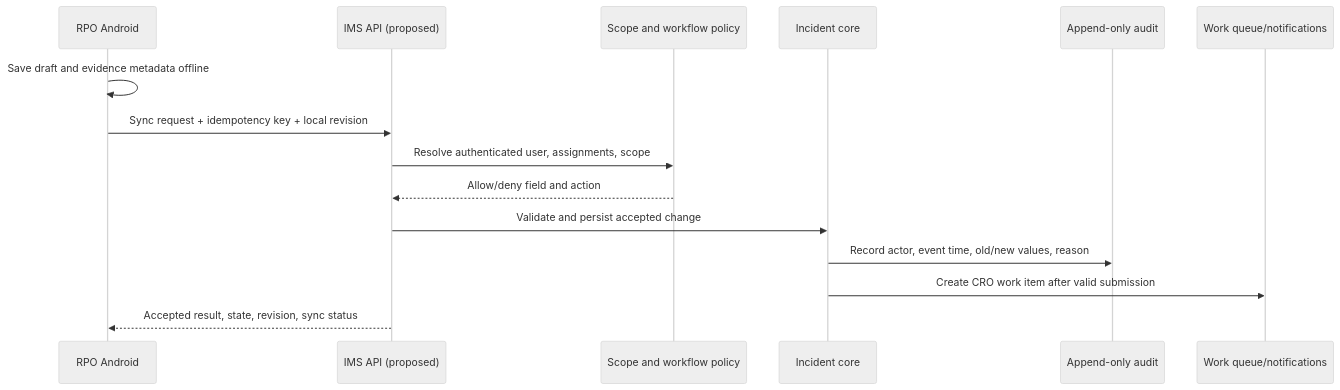
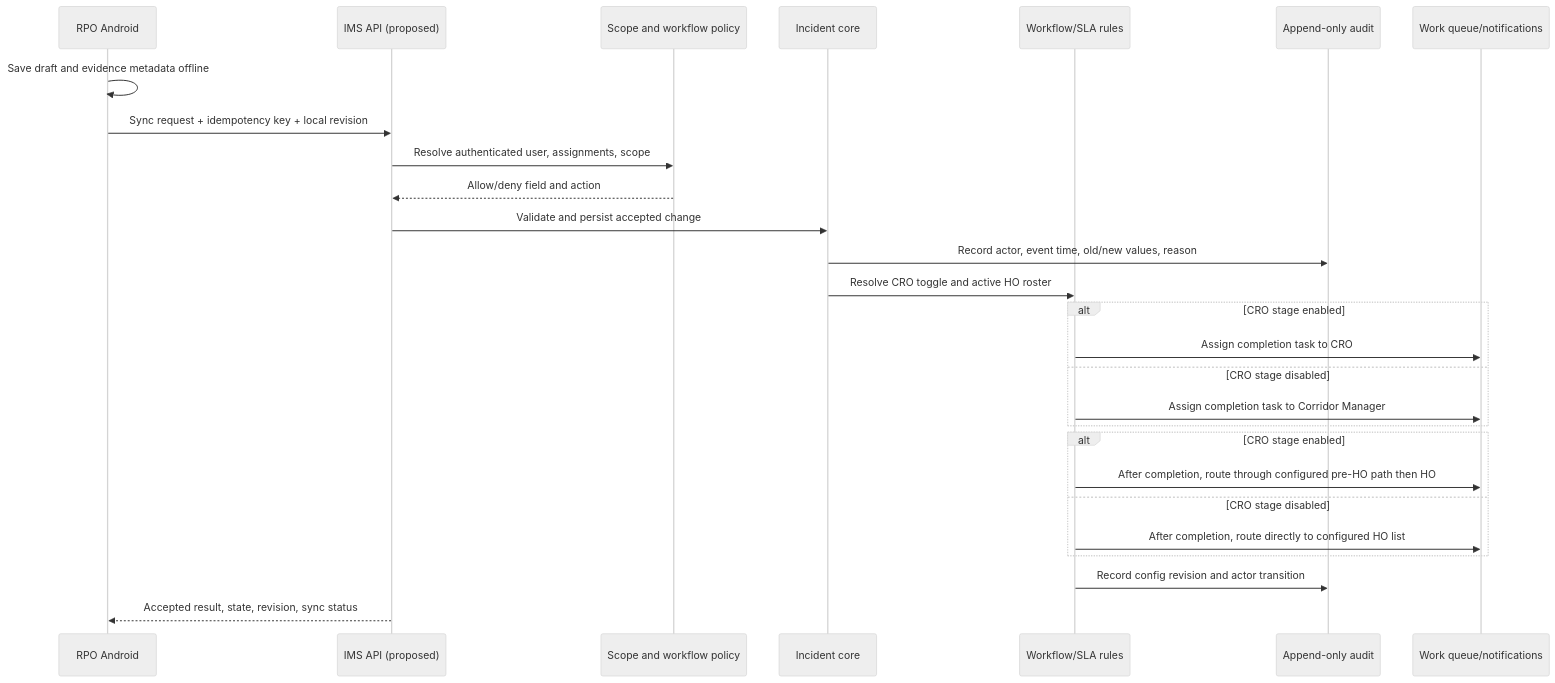
Before and after one commit to LaxmiKhilnani-nhit/Incident-Managment: the second of 2 diagrams in docs/architecture.md, drawn with Mermaid (neutral theme). The commit also changed other lines of this file and 6 other files, not shown here.

Commit message:
docs: document CRO toggle and HO approval routing

````diff
--- a/docs/architecture.md
+++ b/docs/architecture.md
@@ -93,17 +94,29 @@
 ```mermaid
 sequenceDiagram
   participant Field as RPO Android
   participant API as IMS API (proposed)
   participant Policy as Scope and workflow policy
   participant Core as Incident core
+  participant Workflow as Workflow/SLA rules
   participant Audit as Append-only audit
   participant Queue as Work queue/notifications
   Field->>Field: Save draft and evidence metadata offline
   Field->>API: Sync request + idempotency key + local revision
   API->>Policy: Resolve authenticated user, assignments, scope
   Policy-->>API: Allow/deny field and action
   API->>Core: Validate and persist accepted change
   Core->>Audit: Record actor, event time, old/new values, reason
-  Core->>Queue: Create CRO work item after valid submission
+  Core->>Workflow: Resolve CRO toggle and active HO roster
+  alt CRO stage enabled
+    Workflow->>Queue: Assign completion task to CRO
+  else CRO stage disabled
+    Workflow->>Queue: Assign completion task to Corridor Manager
+  end
+  alt CRO stage enabled
+    Workflow->>Queue: After completion, route through configured pre-HO path then HO
+  else CRO stage disabled
+    Workflow->>Queue: After completion, route directly to configured HO list
+  end
+  Workflow->>Audit: Record config revision and actor transition
   API-->>Field: Accepted result, state, revision, sync status
 ```
````
